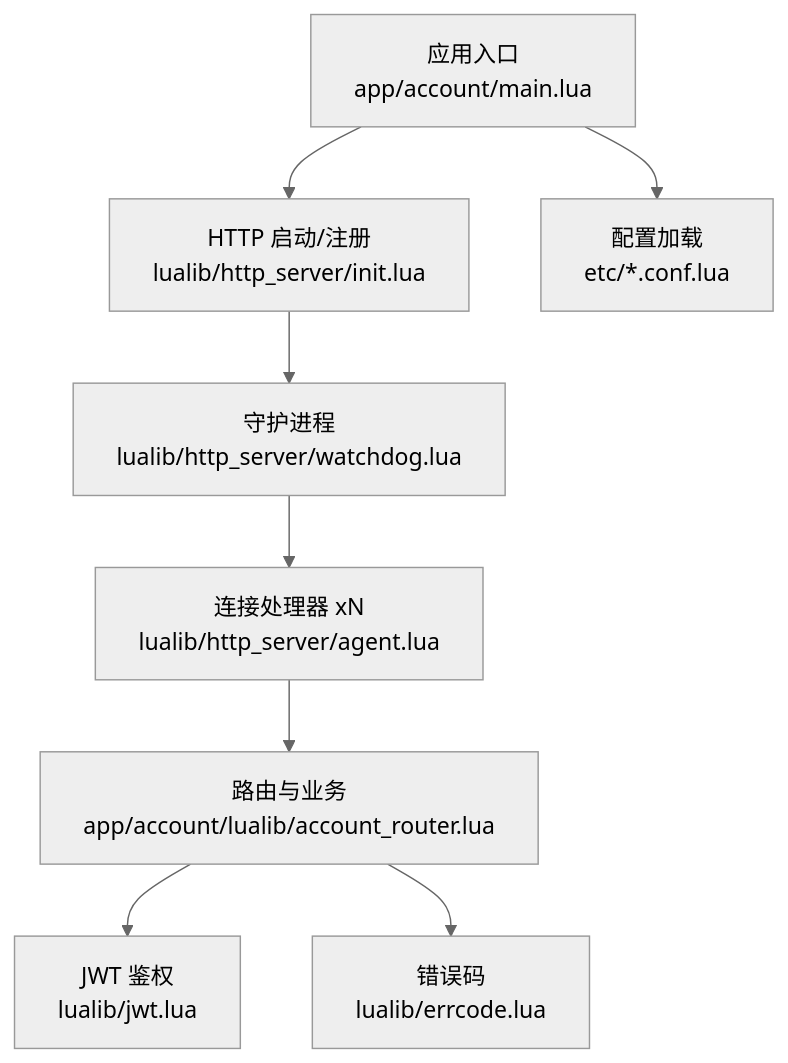
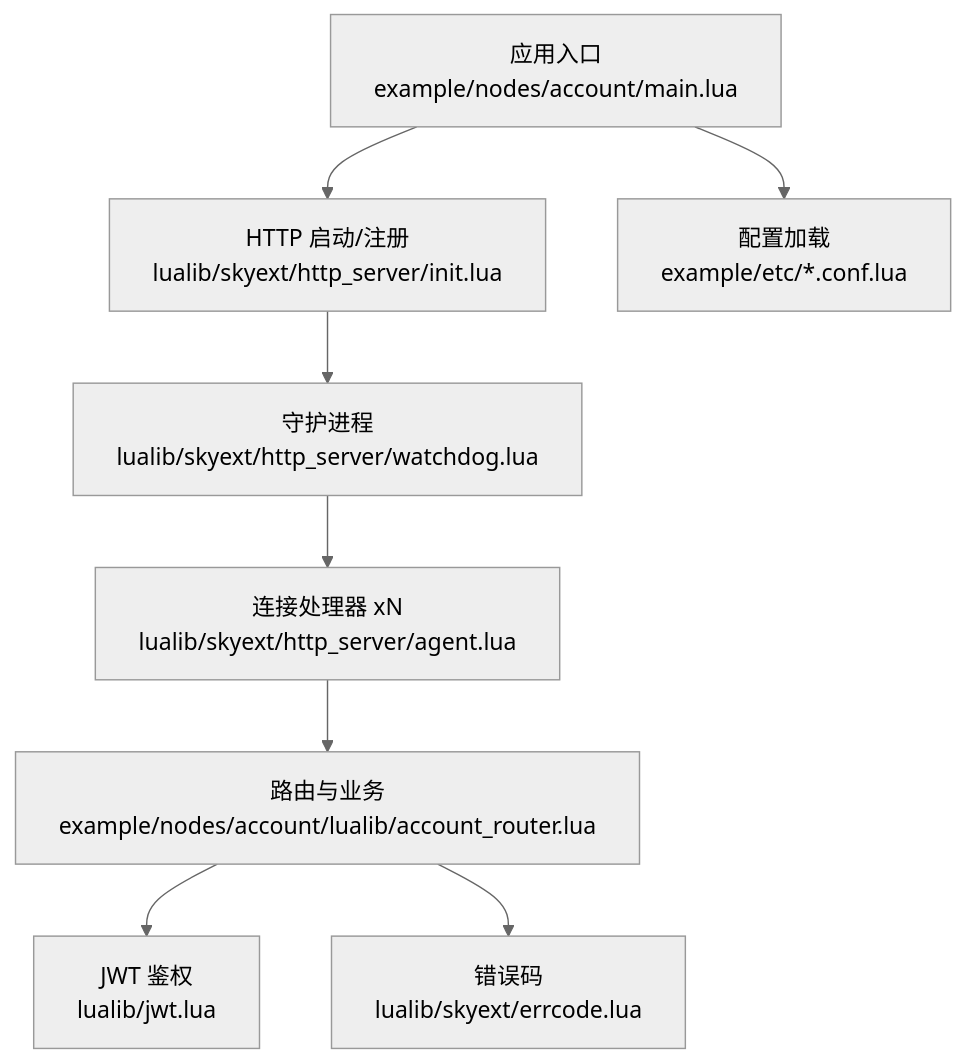
The first of 7 diagrams in docs/repowiki/zh/content/核心模块/HTTP 服务器/HTTP 服务器.md (hanxi/skyext), drawn with Mermaid (neutral theme) before and after one commit. The commit also changed other lines of this file and 117 other files, not shown here.

````diff
--- a/docs/repowiki/zh/content/核心模块/HTTP 服务器/HTTP 服务器.md
+++ b/docs/repowiki/zh/content/核心模块/HTTP 服务器/HTTP 服务器.md
@@ -44,10 +44,10 @@
 ```mermaid
 graph TB
-A["应用入口<br/>app/account/main.lua"] --> B["HTTP 启动/注册<br/>lualib/http_server/init.lua"]
-B --> C["守护进程<br/>lualib/http_server/watchdog.lua"]
-C --> D["连接处理器 xN<br/>lualib/http_server/agent.lua"]
-D --> E["路由与业务<br/>app/account/lualib/account_router.lua"]
+A["应用入口<br/>example/nodes/account/main.lua"] --> B["HTTP 启动/注册<br/>lualib/skyext/http_server/init.lua"]
+B --> C["守护进程<br/>lualib/skyext/http_server/watchdog.lua"]
+C --> D["连接处理器 xN<br/>lualib/skyext/http_server/agent.lua"]
+D --> E["路由与业务<br/>example/nodes/account/lualib/account_router.lua"]
 E --> F["JWT 鉴权<br/>lualib/jwt.lua"]
-E --> G["错误码<br/>lualib/errcode.lua"]
-A --> H["配置加载<br/>etc/*.conf.lua"]
+E --> G["错误码<br/>lualib/skyext/errcode.lua"]
+A --> H["配置加载<br/>example/etc/*.conf.lua"]
 ```
````
